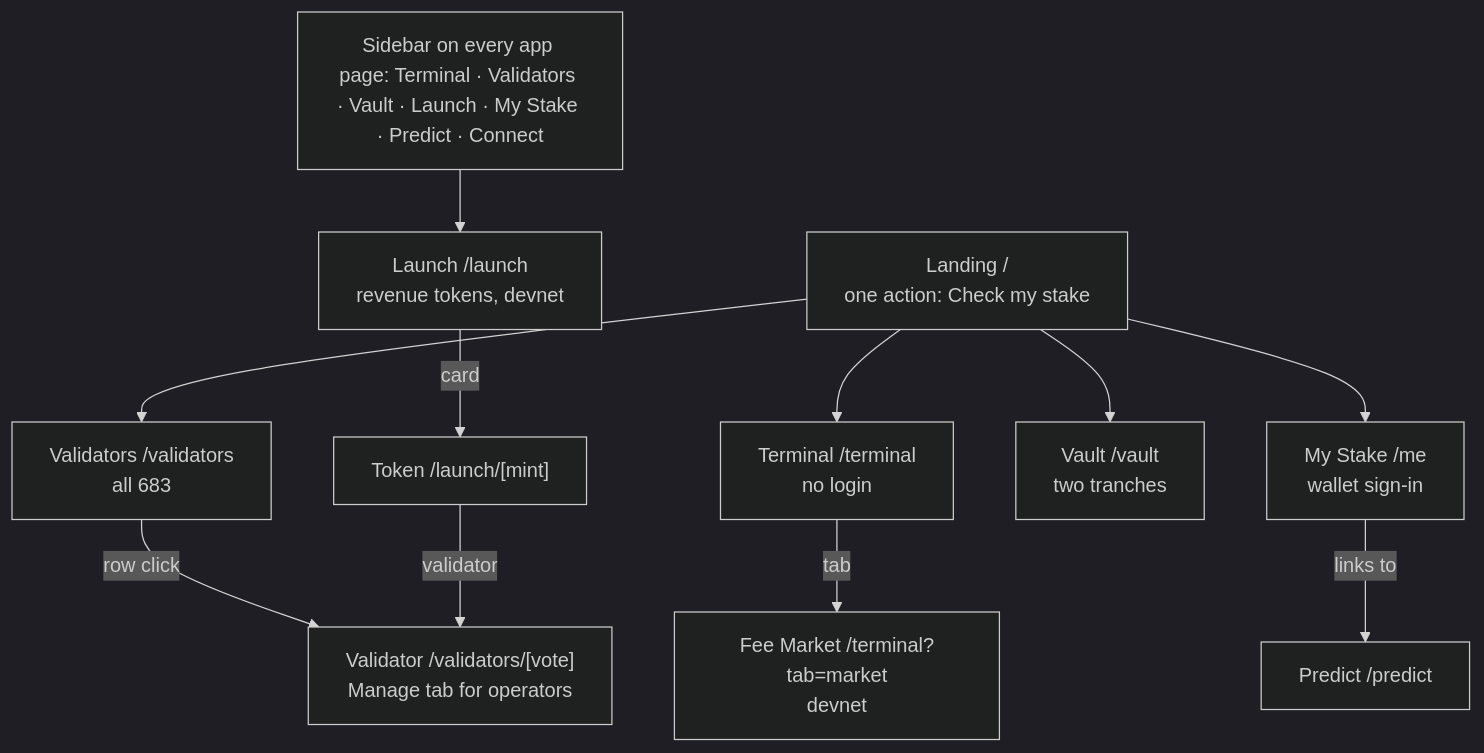
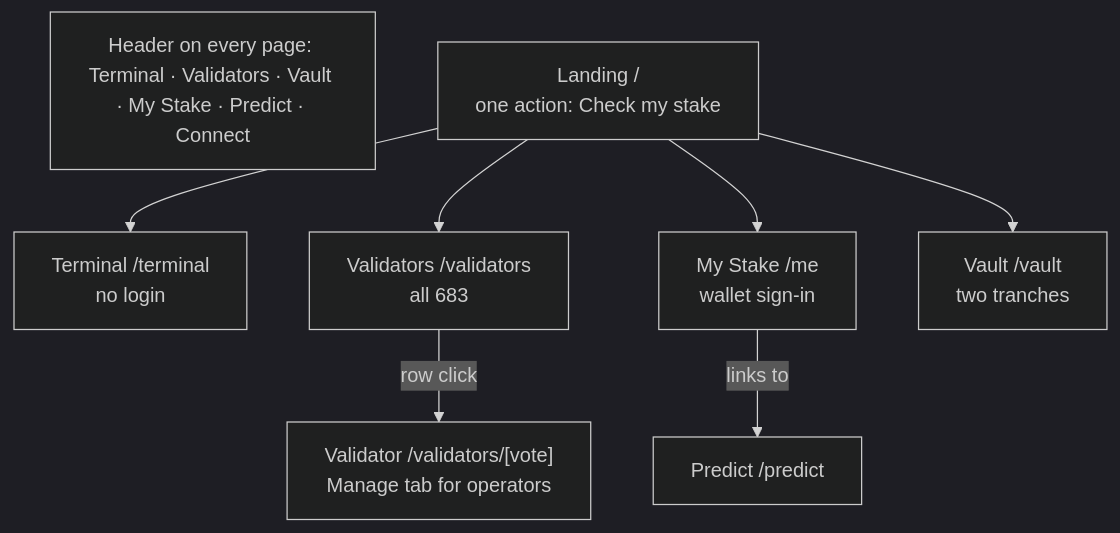
One commit to Sushant6095/epoch-protocol changed the diagram in app/handover/02-SITEMAP-AND-ROUTES.md. Above: the diagram before and after it, drawn with Mermaid (dark theme). The commit also changed other lines of this file and 177 other files, not shown here.

First line of the commit message:
feat(app): landing, opening sequence and workspace revamp

````diff
--- a/app/handover/02-SITEMAP-AND-ROUTES.md
+++ b/app/handover/02-SITEMAP-AND-ROUTES.md
@@ -27,14 +23,10 @@
 ```mermaid
 flowchart TD
-  H["Sidebar on every app page: Terminal · Validators · Vault · Launch · My Stake · Predict · Connect"]
+  H["Header on every page: Terminal · Validators · Vault · My Stake · Predict · Connect"]
   L["Landing /<br/>one action: Check my stake"] --> T["Terminal /terminal<br/>no login"]
-  T -- tab --> FM["Fee Market /terminal?tab=market<br/>devnet"]
   L --> V["Validators /validators<br/>all 683"]
   L --> M["My Stake /me<br/>wallet sign-in"]
   L --> VA["Vault /vault<br/>two tranches"]
   V -- row click --> P["Validator /validators/[vote]<br/>Manage tab for operators"]
   M -- links to --> PR["Predict /predict"]
-  H --> LN["Launch /launch<br/>revenue tokens, devnet"]
-  LN -- card --> LT["Token /launch/[mint]"]
-  LT -- validator --> P
 ```
````
